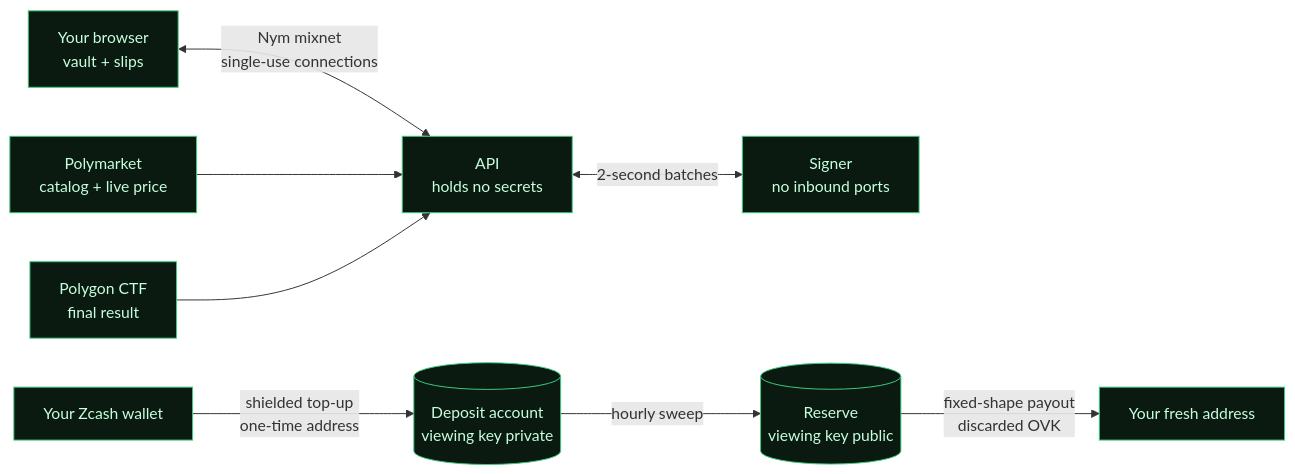
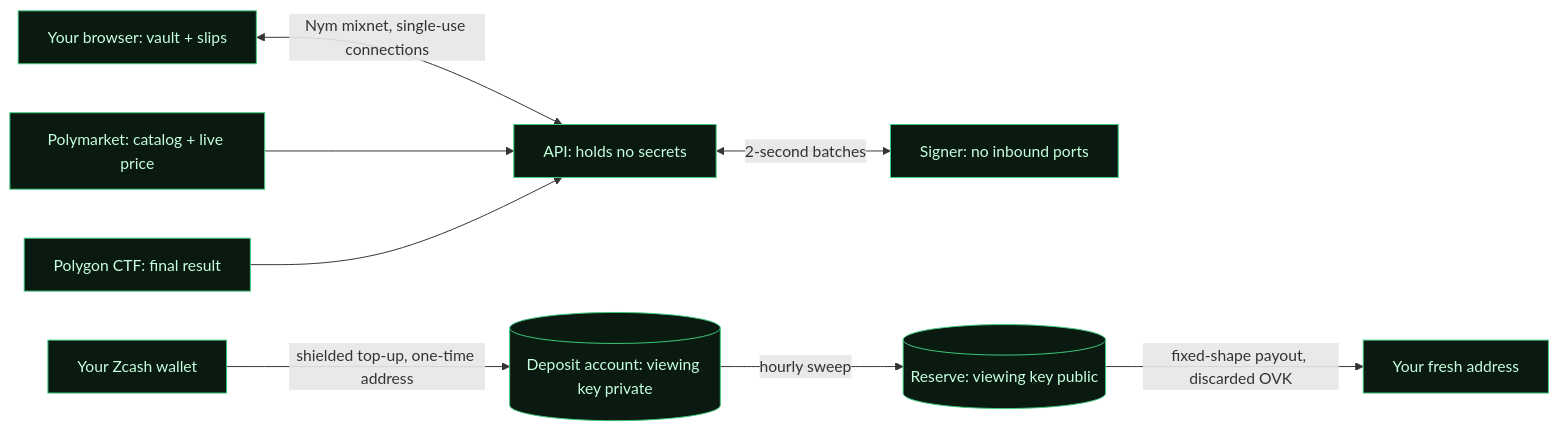
The diagram in README.md (Sybzik/blindbook), drawn with Mermaid before and after one commit.

Commit message:
Use the most compatible Mermaid edge syntax in the README

````diff
--- a/README.md
+++ b/README.md
@@ -45,12 +45,12 @@
 ```mermaid
 flowchart LR
-    W["Your Zcash wallet"] -- "shielded top-up<br/>one-time address" --> D[("Deposit account<br/>viewing key private")]
-    B["Your browser<br/>vault + slips"] <-- "Nym mixnet<br/>single-use connections" --> A["API<br/>holds no secrets"]
-    A <-- "2-second batches" --> S["Signer<br/>no inbound ports"]
-    P["Polymarket<br/>catalog + live price"] --> A
-    C["Polygon CTF<br/>final result"] --> A
-    D -- "hourly sweep" --> R[("Reserve<br/>viewing key public")]
-    R -- "fixed-shape payout<br/>discarded OVK" --> F["Your fresh address"]
+    W["Your Zcash wallet"] -->|"shielded top-up, one-time address"| D[("Deposit account: viewing key private")]
+    B["Your browser: vault + slips"] <-->|"Nym mixnet, single-use connections"| A["API: holds no secrets"]
+    A <-->|"2-second batches"| S["Signer: no inbound ports"]
+    P["Polymarket: catalog + live price"] --> A
+    C["Polygon CTF: final result"] --> A
+    D -->|"hourly sweep"| R[("Reserve: viewing key public")]
+    R -->|"fixed-shape payout, discarded OVK"| F["Your fresh address"]
     classDef bb fill:#0A1A11,stroke:#3FCB7E,color:#C6FFDD
     class W,D,B,A,S,P,C,R,F bb
 ```
````
